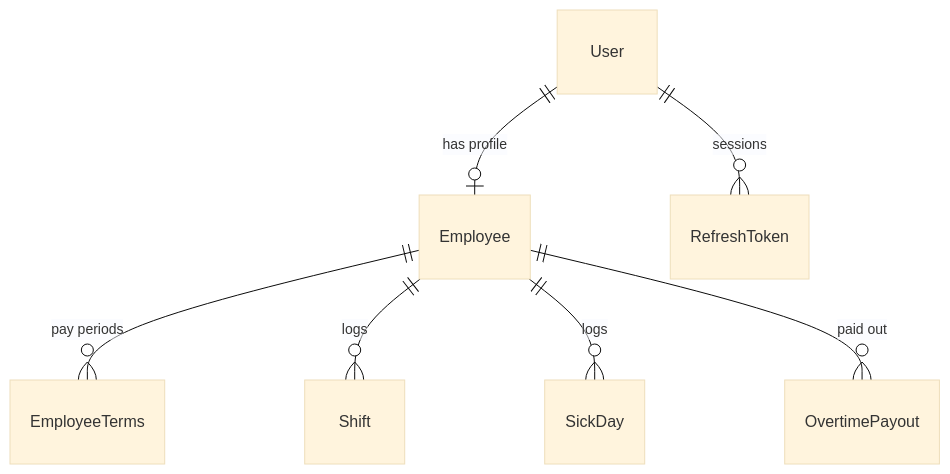
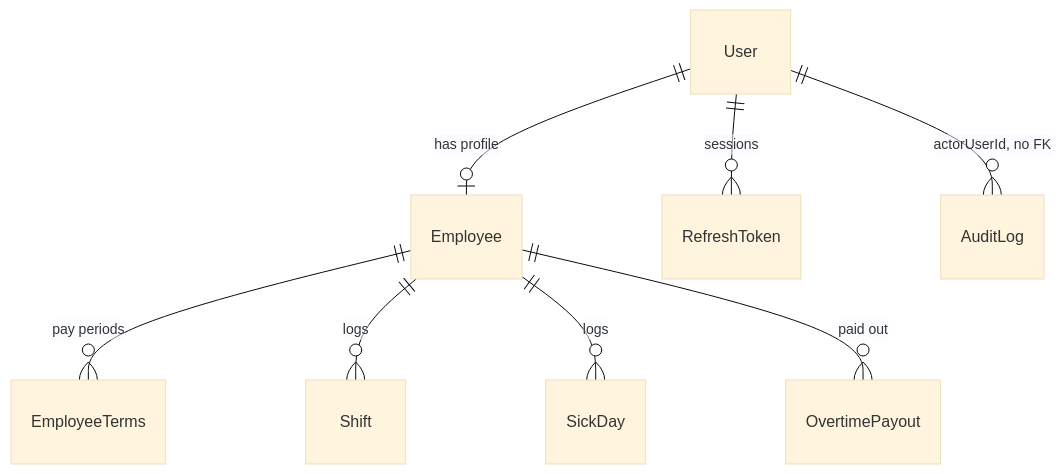
One commit to SigauriM/work-table changed the diagram in README.md. Above: the diagram before and after it, drawn with Mermaid (base theme). The commit also changed other lines of this file, not shown here.

Commit message:
Align the README with actual closed-month, audit, and test coverage behavior.

````diff
--- a/README.md
+++ b/README.md
@@ -185,9 +188,10 @@
 ```mermaid
 erDiagram
     User ||--o| Employee : "has profile"
     User ||--o{ RefreshToken : "sessions"
     Employee ||--o{ EmployeeTerms : "pay periods"
     Employee ||--o{ Shift : "logs"
     Employee ||--o{ SickDay : "logs"
     Employee ||--o{ OvertimePayout : "paid out"
+    User ||--o{ AuditLog : "actorUserId, no FK"
 ```
````
